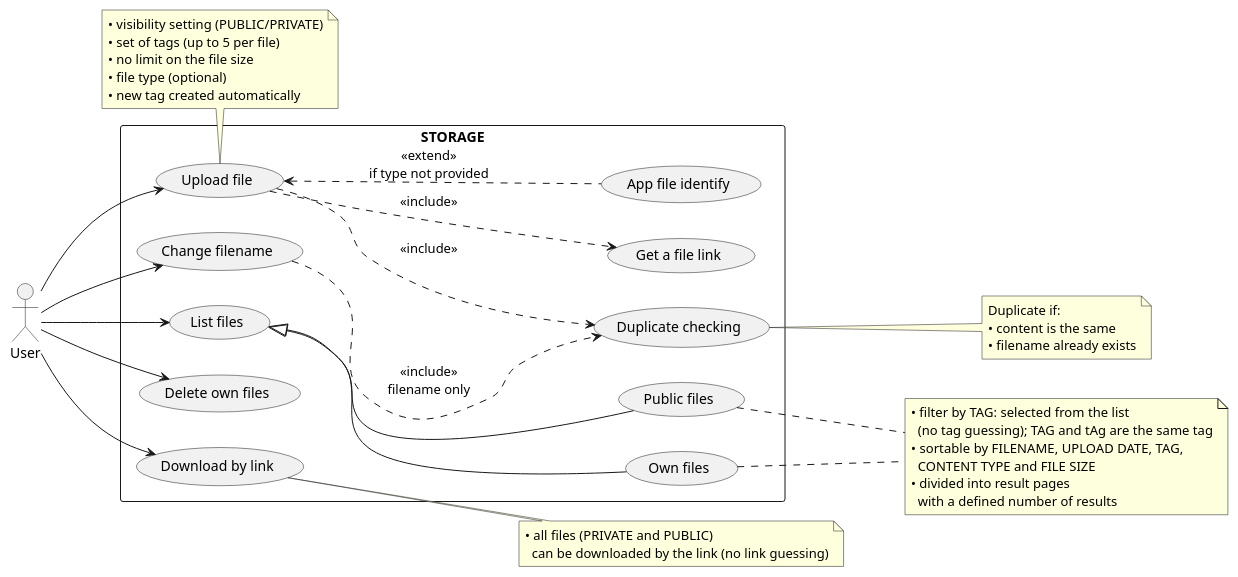
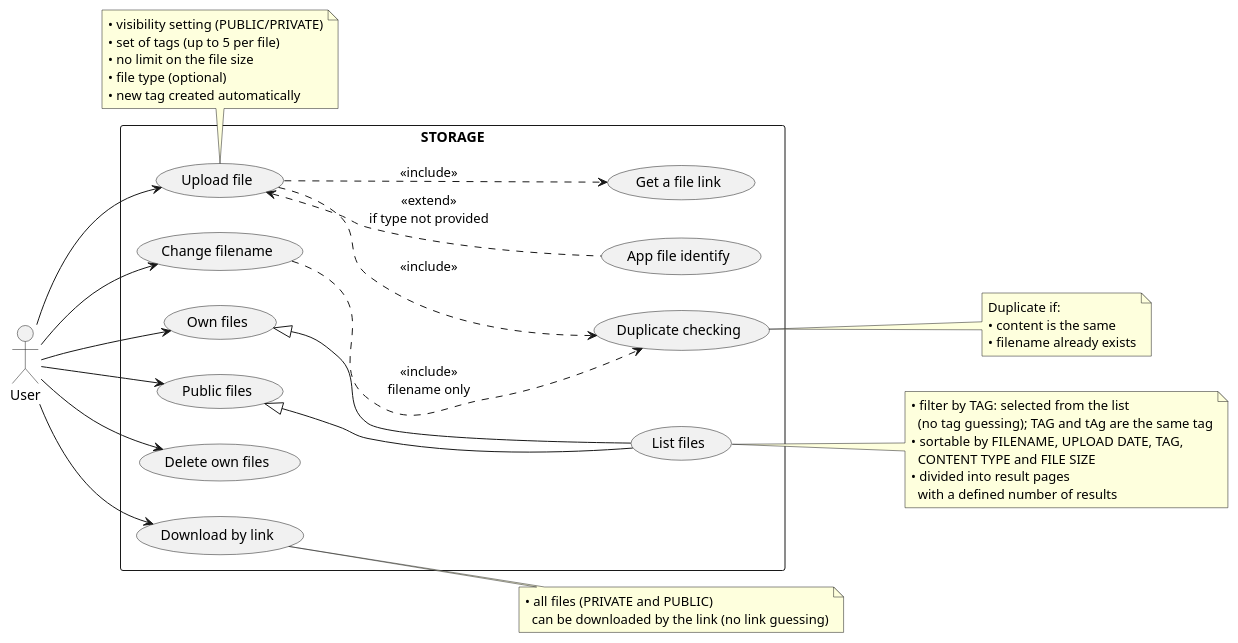
The diagram in diagrams/use-case.puml (goracy-kubek/teletronics-file-storage), drawn with PlantUML before and after one commit. The commit also changed 2 other files, not shown here.

Commit message:
Add Readme and fix diagrams

```diff
--- a/diagrams/use-case.puml
+++ b/diagrams/use-case.puml
@@ -1,73 +1,73 @@
 @startuml use-cases
 left to right direction
 skinparam packageStyle rectangle
 
 actor "User" as user
 
 rectangle "STORAGE" {
   ' --- Upload file ---
   usecase "Upload file" as UC_UPLOAD
   usecase "App file identify" as UC_APP_FILETYPE_IDENTIFICATION
   usecase "Get a file link" as UC_GET_A_FILE_LINK
   usecase "Duplicate checking" as UC_DUP_CHECK
 
   ' --- Change filename ---
   usecase "Change filename" as UC_CHANGE_FILENAME
 
   ' --- List files ---
   usecase "List files" as UC_LIST_FILES
   usecase "Own files" as UC_LIST_OWN_FILES
   usecase "Public files" as UC_LIST_PUBLIC_FILES
 
   ' --- Delete own file ---
   usecase "Delete own files" as UC_DELETE_OWN_FILES
 
   ' --- Download by link ---
   usecase "Download by link" as UC_LINK_DOWNLOADING
 }
 
 note bottom of UC_UPLOAD
   • visibility setting (PUBLIC/PRIVATE)
   • set of tags (up to 5 per file)
   • no limit on the file size
   • file type (optional)
   • new tag created automatically
 end note
 
 note right of UC_DUP_CHECK
   Duplicate if:
   • content is the same
   • filename already exists
 end note
 
 note as N_LIST
   • filter by TAG: selected from the list
     (no tag guessing); TAG and tAg are the same tag
   • sortable by FILENAME, UPLOAD DATE, TAG,
     CONTENT TYPE and FILE SIZE
   • divided into result pages
     with a defined number of results
 end note
-UC_LIST_OWN_FILES .. N_LIST
-UC_LIST_PUBLIC_FILES .. N_LIST
+UC_LIST_FILES .. N_LIST
 
 note right of UC_LINK_DOWNLOADING
   • all files (PRIVATE and PUBLIC)
     can be downloaded by the link (no link guessing)
 end note
 
 UC_UPLOAD ..> UC_DUP_CHECK : <<include>>
 UC_UPLOAD ..> UC_GET_A_FILE_LINK : <<include>>
 UC_CHANGE_FILENAME ..> UC_DUP_CHECK : <<include>>\nfilename only
 UC_UPLOAD <.. UC_APP_FILETYPE_IDENTIFICATION : <<extend>>\nif type not provided
 
-UC_LIST_FILES <|-- UC_LIST_OWN_FILES
-UC_LIST_FILES <|-- UC_LIST_PUBLIC_FILES
+UC_LIST_OWN_FILES <|-- UC_LIST_FILES
+UC_LIST_PUBLIC_FILES <|-- UC_LIST_FILES
 
 user --> UC_UPLOAD
 user --> UC_CHANGE_FILENAME
-user --> UC_LIST_FILES
+user --> UC_LIST_OWN_FILES
+user --> UC_LIST_PUBLIC_FILES
 user --> UC_DELETE_OWN_FILES
 user --> UC_LINK_DOWNLOADING
 
 @enduml
```
